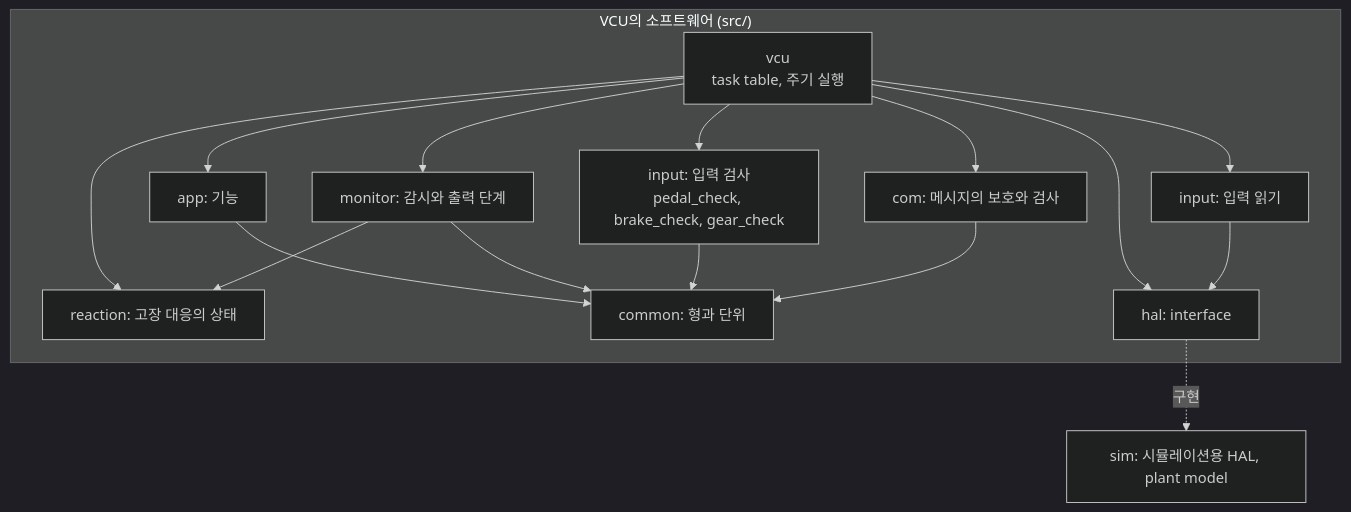
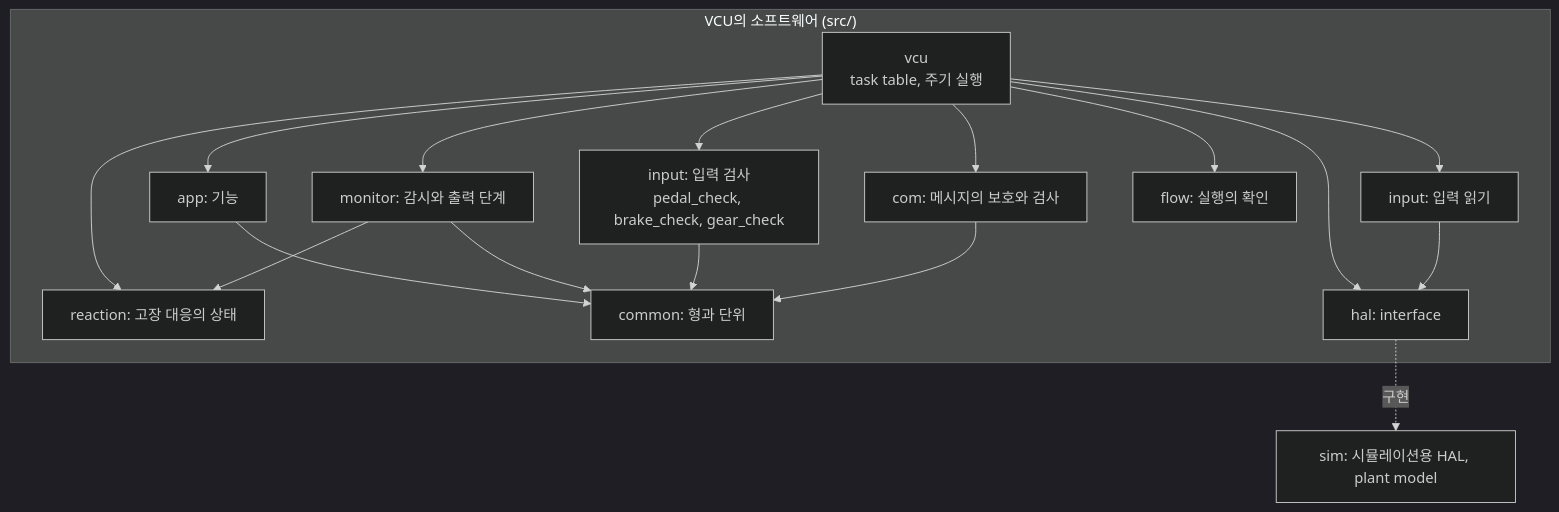
One commit to danielhongwoo/fusa changed the first of 2 diagrams in example/drive-torque/docs/architecture.md. Above: the diagram before and after it, drawn with Mermaid (dark theme). The commit also changed other lines of this file and 31 other files, not shown here.

````diff
--- a/example/drive-torque/docs/architecture.md
+++ b/example/drive-torque/docs/architecture.md
@@ -7,29 +7,31 @@
 ```mermaid
 flowchart TD
     subgraph VCU["VCU의 소프트웨어 (src/)"]
         TASK["vcu<br/>task table, 주기 실행"]
         READ["input: 입력 읽기"]
         CHK["input: 입력 검사<br/>pedal_check, brake_check, gear_check"]
         APP["app: 기능"]
         MON["monitor: 감시와 출력 단계"]
         REACT["reaction: 고장 대응의 상태"]
         COM["com: 메시지의 보호와 검사"]
+        FLOW["flow: 실행의 확인"]
         TYPES["common: 형과 단위"]
         HAL["hal: interface"]
     end
     SIM["sim: 시뮬레이션용 HAL, plant model"]
     TASK --> READ
     TASK --> CHK
     TASK --> APP
     TASK --> MON
     TASK --> REACT
     TASK --> COM
+    TASK --> FLOW
     TASK --> HAL
     MON --> REACT
     READ --> HAL
     APP --> TYPES
     MON --> TYPES
     CHK --> TYPES
     COM --> TYPES
     HAL -. "구현" .-> SIM
 ```
````
